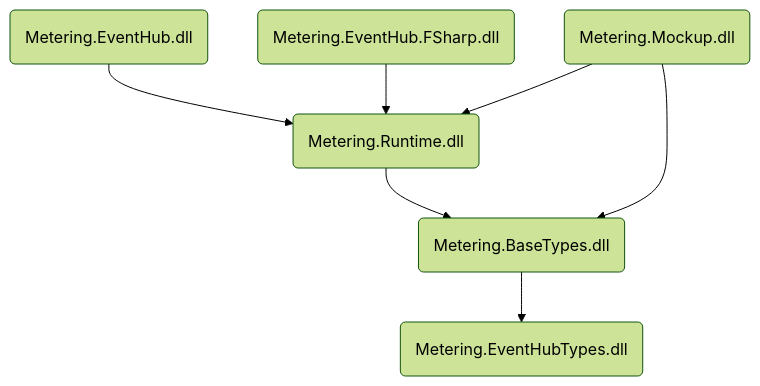
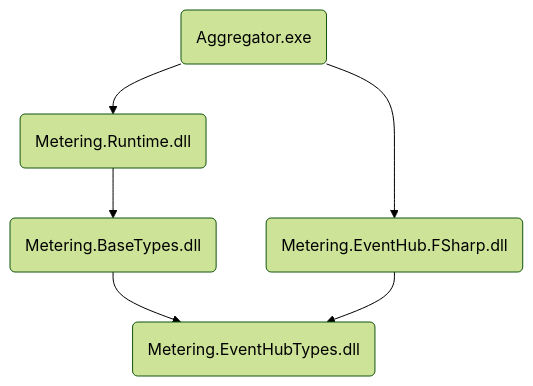
Before and after one commit to microsoft/metered-billing-accelerator: the diagram in src/README.md, drawn with Mermaid (forest theme). The commit also changed 8 other files, not shown here.

Commit message:
Metering.EventHub.FSharp.dll no longer dependent on Metering.Runtime

````diff
--- a/src/README.md
+++ b/src/README.md
@@ -393,10 +393,9 @@
 ```mermaid
 graph TD
      EventHubTypes(Metering.EventHubTypes.dll)
      BaseTypes(Metering.BaseTypes.dll) --> EventHubTypes
      RunTime(Metering.Runtime.dll) --> BaseTypes
-     EventHubCSharp(Metering.EventHub.dll) --> RunTime
-     EventHubFSharp(Metering.EventHub.FSharp.dll) --> RunTime
-     Mockups(Metering.Mockup.dll) --> RunTime
-     Mockups(Metering.Mockup.dll) --> BaseTypes
+     EventHubFSharp(Metering.EventHub.FSharp.dll) --> EventHubTypes
+     Aggregator(Aggregator.exe) --> RunTime
+     Aggregator(Aggregator.exe) --> EventHubFSharp
 ```
````
